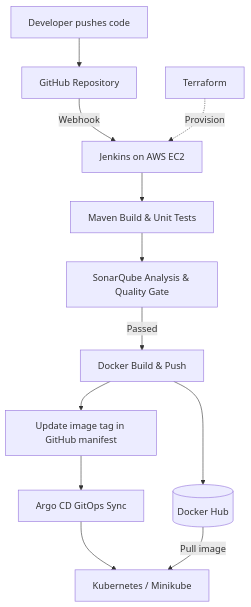
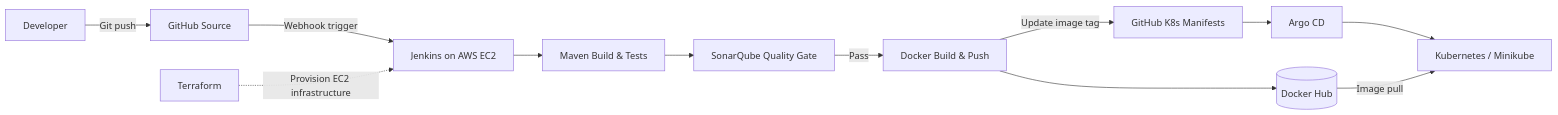
The diagram in README.md (minabisa/java-maven-sonar-argocd-helm-k8s), drawn with Mermaid before and after one commit. The commit also changed other lines of this file and 1 other file, not shown here.

Commit message:
docs: add portfolio README and root cause analysis

````diff
--- a/README.md
+++ b/README.md
@@ -21,14 +25,14 @@
 ```mermaid
-flowchart TD
-    A[Developer pushes code] --> B[GitHub Repository]
-    B -->|Webhook| C[Jenkins on AWS EC2]
-    C --> D[Maven Build & Unit Tests]
-    D --> E[SonarQube Analysis & Quality Gate]
-    E -->|Passed| F[Docker Build & Push]
-    F --> G[(Docker Hub)]
-    F --> H[Update image tag in GitHub manifest]
-    H --> I[Argo CD GitOps Sync]
-    I --> J[Kubernetes / Minikube]
-    G -->|Pull image| J
-    T[Terraform] -.->|Provision| C
+flowchart LR
+    DEV[Developer] -->|Git push| GH[GitHub Source]
+    GH -->|Webhook trigger| J[Jenkins on AWS EC2]
+    J --> M[Maven Build & Tests]
+    M --> S[SonarQube Quality Gate]
+    S -->|Pass| D[Docker Build & Push]
+    D --> HUB[(Docker Hub)]
+    D -->|Update image tag| GIT[GitHub K8s Manifests]
+    GIT --> A[Argo CD]
+    A --> K[Kubernetes / Minikube]
+    HUB -->|Image pull| K
+    TF[Terraform] -.->|Provision EC2 infrastructure| J
 ```
````
